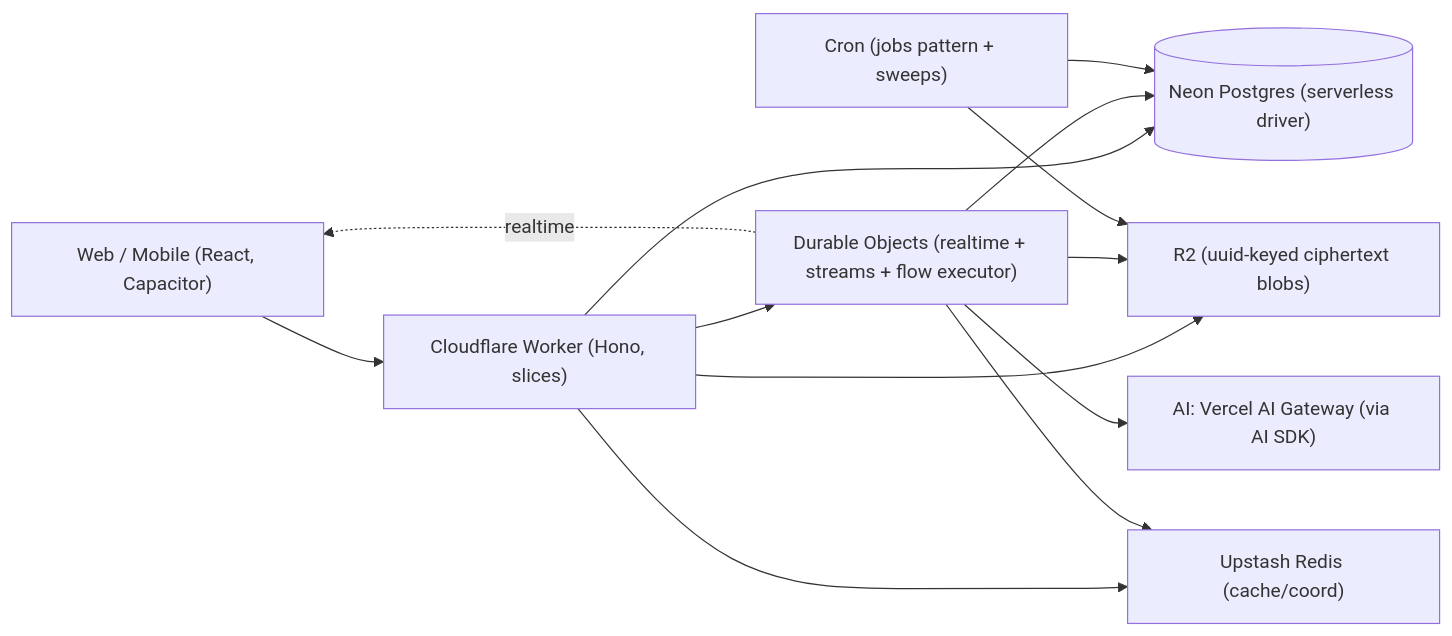
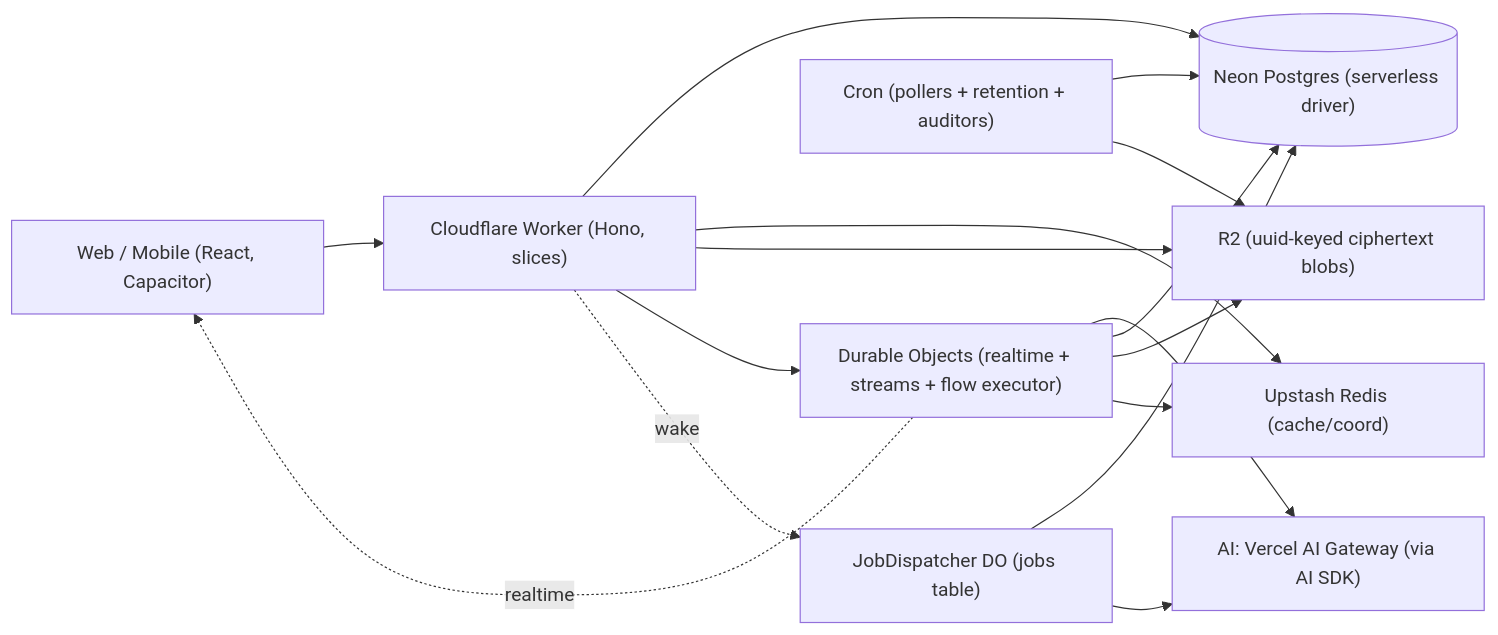
Before and after one commit to LOME-AI/HushBox: the diagram in docs/BACKEND-REDESIGN.md, drawn with Mermaid. The commit also changed other lines of this file, not shown here.

````diff
--- a/docs/BACKEND-REDESIGN.md
+++ b/docs/BACKEND-REDESIGN.md
@@ -132,24 +133,28 @@
 ```mermaid
 flowchart LR
   Client["Web / Mobile (React, Capacitor)"]
   Worker["Cloudflare Worker (Hono, slices)"]
   DO["Durable Objects (realtime + streams + flow executor)"]
   PG[("Neon Postgres (serverless driver)")]
   R2["R2 (uuid-keyed ciphertext blobs)"]
   Redis["Upstash Redis (cache/coord)"]
   Prov["AI: Vercel AI Gateway (via AI SDK)"]
-  Cron["Cron (jobs pattern + sweeps)"]
+  Cron["Cron (pollers + retention + auditors)"]
+  Jobs["JobDispatcher DO (jobs table)"]
 
   Client --> Worker
   Worker --> PG
   Worker --> Redis
   Worker --> R2
   Worker --> DO
   DO --> Prov
   DO --> PG
   DO --> R2
   DO --> Redis
   Cron --> PG
   Cron --> R2
+  Worker -. wake .-> Jobs
+  Jobs --> PG
+  Jobs --> Prov
   DO -. realtime .-> Client
 ```
````
